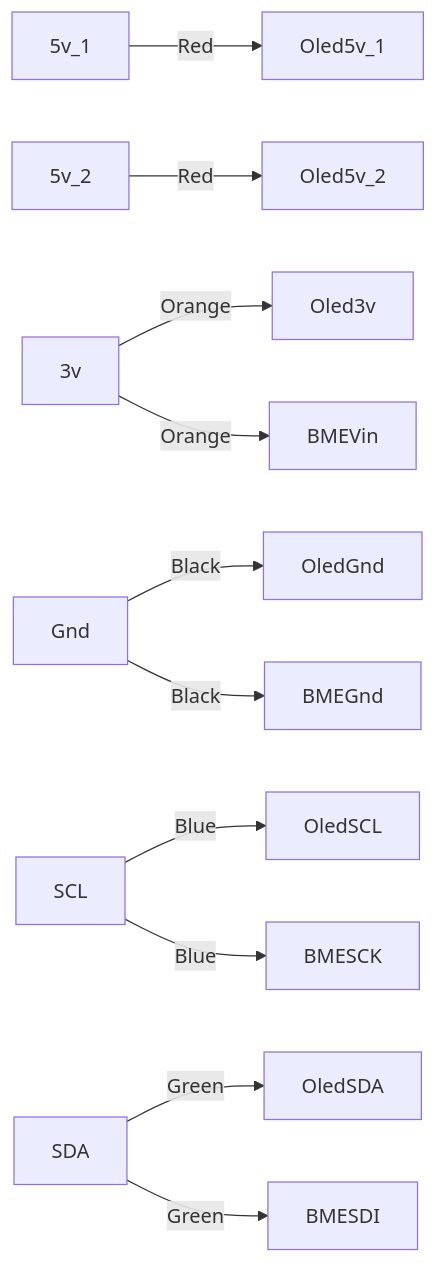
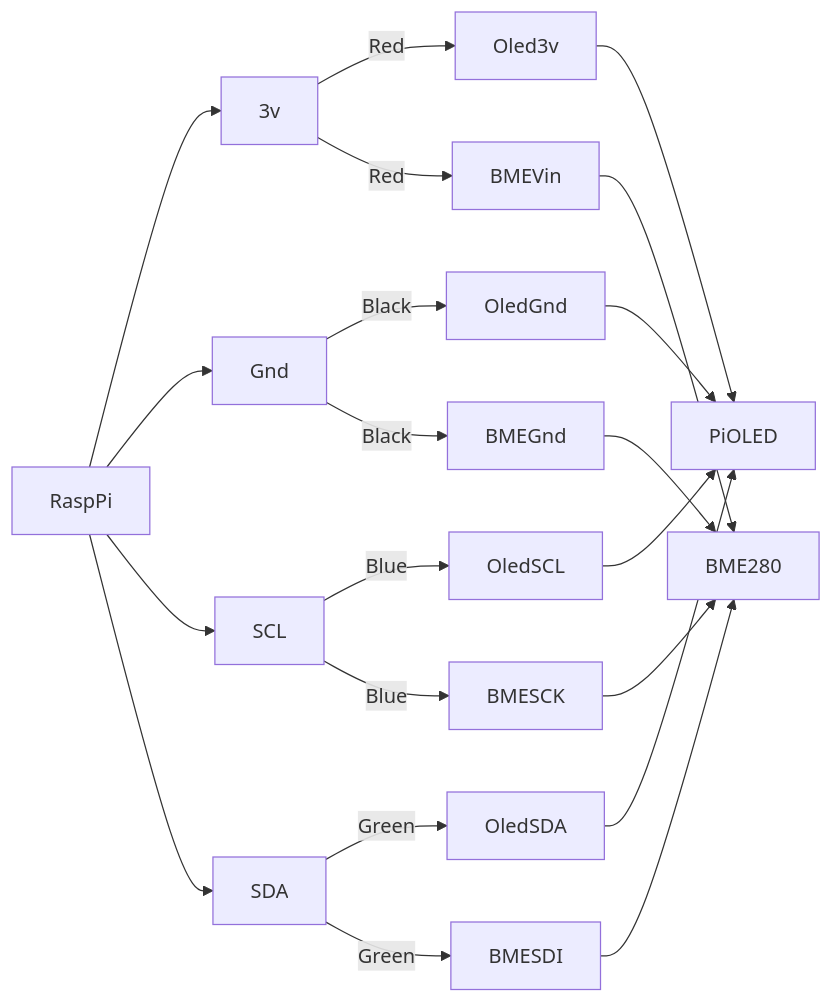
The diagram in docs/WiringDiagram.md (SotoDucani/go-pi-tempsensor), drawn with Mermaid before and after one commit. The commit also changed 1 other file, not shown here.

Commit message:
Clean up the wiring diagram; Remove 5v references

````diff
--- a/docs/WiringDiagram.md
+++ b/docs/WiringDiagram.md
@@ -1,13 +1,17 @@
 ```mermaid
 flowchart LR
-    5v_1;5v_2;3v;Gnd;SCL;SDA
-    Oled5v_1;Oled5v_2;Oled3v;OledSCL;OledSDA;OledGnd
+    RaspPi;PiOLED;BME280
+    3v;Gnd;SCL;SDA
+    Oled3v;OledSCL;OledSDA;OledGnd
     BMEVin;BMEGnd;BMESCK;BMESDI
 
-    5v_1 --Red--> Oled5v_1
-    5v_2 --Red--> Oled5v_2
-    3v --Orange--> Oled3v & BMEVin
+    RaspPi --> 3v & Gnd & SCL & SDA
+
+    3v --Red--> Oled3v & BMEVin
     Gnd --Black--> OledGnd & BMEGnd
     SCL --Blue--> OledSCL & BMESCK
     SDA --Green--> OledSDA & BMESDI
+
+    Oled3v & OledSCL & OledSDA & OledGnd --> PiOLED
+    BMEVin & BMEGnd & BMESCK & BMESDI --> BME280
 ```
````
